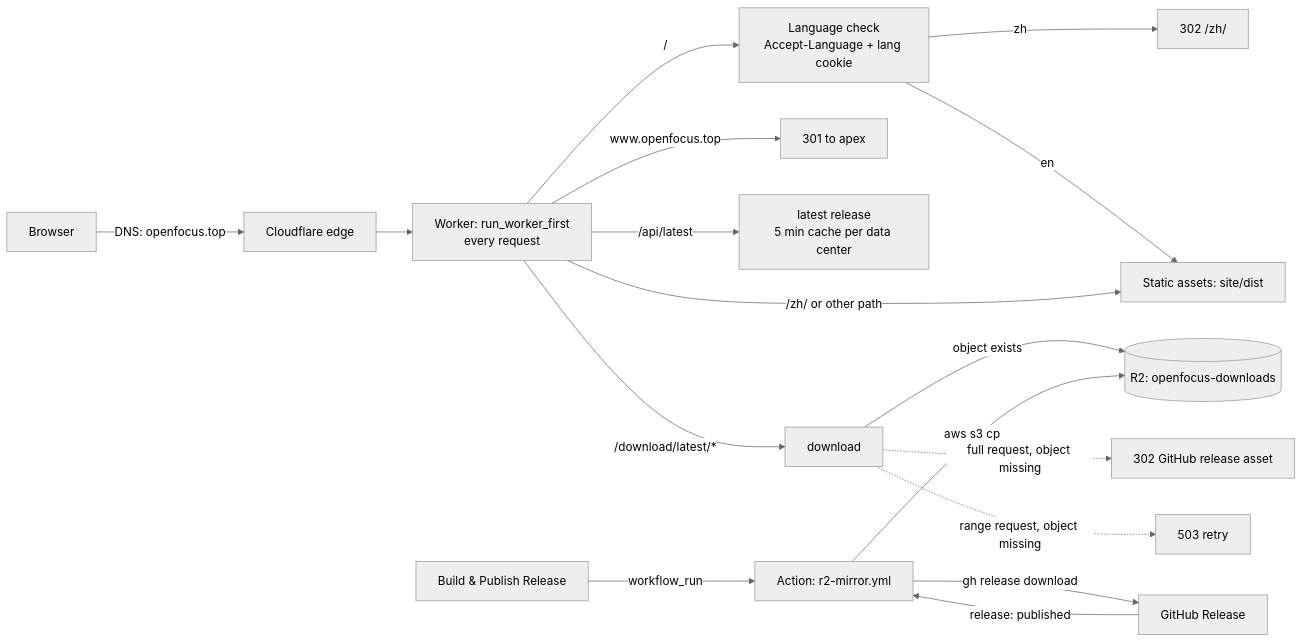
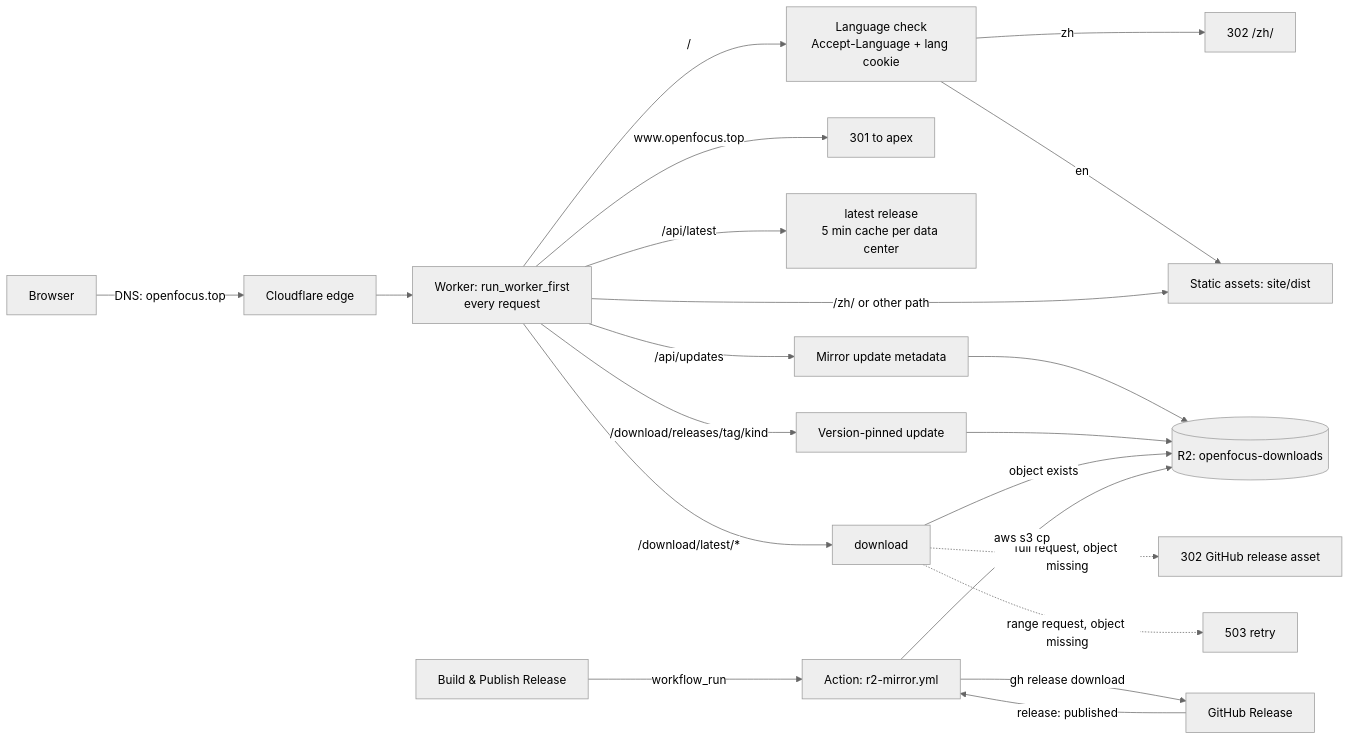
One commit to Xinzhe99/OpenFocus changed the diagram in docs/WEBSITE_OPERATIONS.md. Above: the diagram before and after it, drawn with Mermaid (neutral theme). The commit also changed other lines of this file and 38 other files, not shown here.

````diff
--- a/docs/WEBSITE_OPERATIONS.md
+++ b/docs/WEBSITE_OPERATIONS.md
@@ -52,19 +52,23 @@
 ```mermaid
 flowchart LR
   U[Browser] -->|DNS: openfocus.top| CF[Cloudflare edge]
   CF --> W[Worker: run_worker_first<br/>every request]
   W -->|"/"| L[Language check<br/>Accept-Language + lang cookie]
   L -->|zh| Z[302 /zh/]
   L -->|en| A[Static assets: site/dist]
   W -->|"/zh/" or other path| A
   W -->|"www.openfocus.top"| WWW[301 to apex]
   W -->|"/api/latest"| API[latest release<br/>5 min cache per data center]
   W -->|"/download/latest/*"| D[download]
+  W -->|"/api/updates"| M[Mirror update metadata]
+  M --> R
+  W -->|"/download/releases/tag/kind"| V[Version-pinned update]
+  V --> R
   D -->|object exists| R[(R2: openfocus-downloads)]
   D -.->|"full request, object missing"| GH[302 GitHub release asset]
   D -.->|"range request, object missing"| E[503 retry]
   RW["Build & Publish Release"] -->|workflow_run| ACT[Action: r2-mirror.yml]
   REL[GitHub Release] -->|release: published| ACT
   ACT -->|gh release download| REL
   ACT -->|aws s3 cp| R
 ```
````
